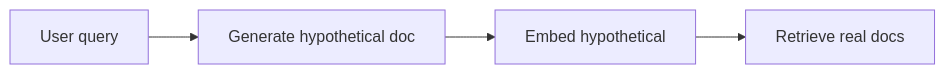
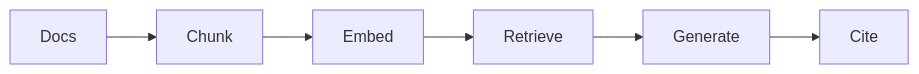
Before and after one commit to abdulsamad183/ai-engineering-playbook: the diagram in domains/rag/retrieval/05-query-engineering.md, drawn with Mermaid. The commit also changed other lines of this file and 127 other files, not shown here.

````diff
--- a/domains/rag/retrieval/05-query-engineering.md
+++ b/domains/rag/retrieval/05-query-engineering.md
@@ -37,6 +87,4 @@
 ```mermaid
 flowchart LR
-    Q[User query] --> LLM[Generate hypothetical doc]
-    LLM --> EMB[Embed hypothetical]
-    EMB --> RET[Retrieve real docs]
+  Docs --> Chunk --> Embed --> Retrieve --> Generate --> Cite
 ```
````
